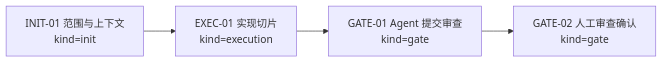
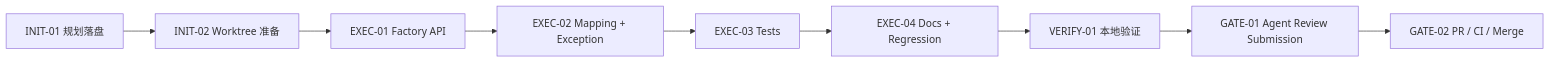
Before and after one commit to LnYo-Cly/ai4j: the first of 2 diagrams in coding-agent-harness/planning/modules/agent-runtime/tasks/2026-06-20-p1-b-agent-blueprint-to-agentfactory-8b418210/visual_map.md, drawn with Mermaid. The commit also changed other lines of this file and 5 other files, not shown here.

First line of the commit message:
docs(harness): plan agent blueprint factory task

````diff
--- a/coding-agent-harness/planning/modules/agent-runtime/tasks/2026-06-20-p1-b-agent-blueprint-to-agentfactory-8b418210/visual_map.md
+++ b/coding-agent-harness/planning/modules/agent-runtime/tasks/2026-06-20-p1-b-agent-blueprint-to-agentfactory-8b418210/visual_map.md
@@ -15,6 +14,11 @@
 ```mermaid
 flowchart LR
-  INIT01["INIT-01 范围与上下文\nkind=init"] --> EXEC01["EXEC-01 实现切片\nkind=execution"]
-  EXEC01 --> GATE01["GATE-01 Agent 提交审查\nkind=gate"]
-  GATE01 --> GATE02["GATE-02 人工审查确认\nkind=gate"]
+  INIT01["INIT-01 规划落盘"] --> INIT02["INIT-02 Worktree 准备"]
+  INIT02 --> EXEC01["EXEC-01 Factory API"]
+  EXEC01 --> EXEC02["EXEC-02 Mapping + Exception"]
+  EXEC02 --> EXEC03["EXEC-03 Tests"]
+  EXEC03 --> EXEC04["EXEC-04 Docs + Regression"]
+  EXEC04 --> VERIFY01["VERIFY-01 本地验证"]
+  VERIFY01 --> GATE01["GATE-01 Agent Review Submission"]
+  GATE01 --> GATE02["GATE-02 PR / CI / Merge"]
 ```
````
